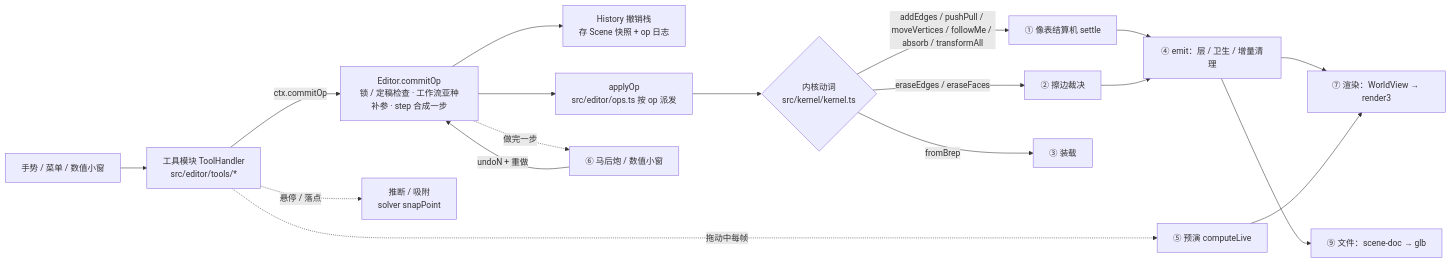
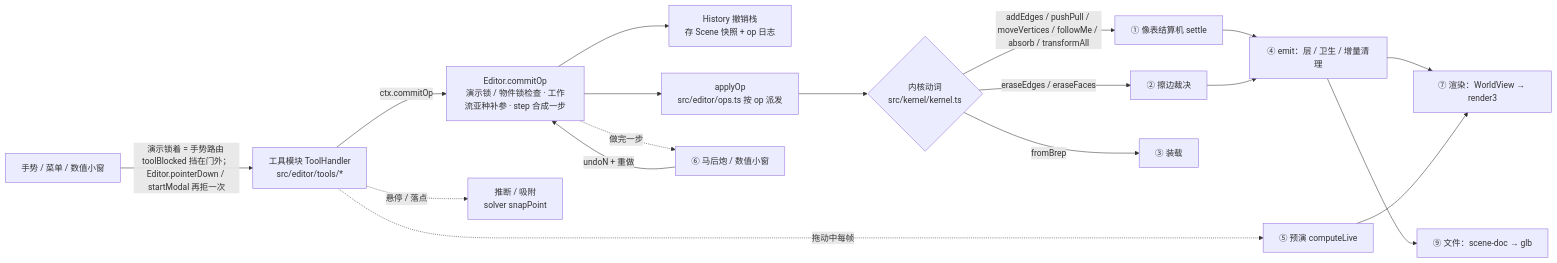
Before and after one commit to fangzhangmnm/catsup: the diagram in ai-docs/20261026-pipelines.md, drawn with Mermaid. The commit also changed other lines of this file and 87 other files, not shown here.

````diff
--- a/ai-docs/20261026-pipelines.md
+++ b/ai-docs/20261026-pipelines.md
@@ -12,20 +12,20 @@
 ```mermaid
 flowchart LR
-  G[手势 / 菜单 / 数值小窗] --> T[工具模块 ToolHandler<br/>src/editor/tools/*]
-  T -->|ctx.commitOp| C[Editor.commitOp<br/>锁 / 定稿检查 · 工作流亚种补参 · step 合成一步]
+  G[手势 / 菜单 / 数值小窗] -->|演示锁着 = 手势路由 toolBlocked 挡在门外；Editor.pointerDown / startModal 再拒一次| T[工具模块 ToolHandler<br/>src/editor/tools/*]
+  T -->|ctx.commitOp| C[Editor.commitOp<br/>演示锁 / 物件锁检查 · 工作流亚种补参 · step 合成一步]
   C --> H[History 撤销栈<br/>存 Scene 快照 + op 日志]
   C --> A[applyOp<br/>src/editor/ops.ts 按 op 派发]
   A --> K{内核动词<br/>src/kernel/kernel.ts}
   K -->|addEdges / pushPull / moveVertices / followMe / absorb / transformAll| S[① 像表结算机 settle]
   K -->|eraseEdges / eraseFaces| E[② 擦边裁决]
   K -->|fromBrep| L[③ 装载]
   S --> M[④ emit：层 / 卫生 / 增量清理]
   E --> M
   M --> R[⑦ 渲染：WorldView → render3]
   M --> F[⑨ 文件：scene-doc → glb]
   T -.悬停 / 落点.-> I[推断 / 吸附<br/>solver snapPoint]
   T -.拖动中每帧.-> P[⑤ 预演 computeLive]
   P --> R
   C -.做完一步.-> Q[⑥ 马后炮 / 数值小窗]
   Q -->|undoN + 重做| C
 ```
````
